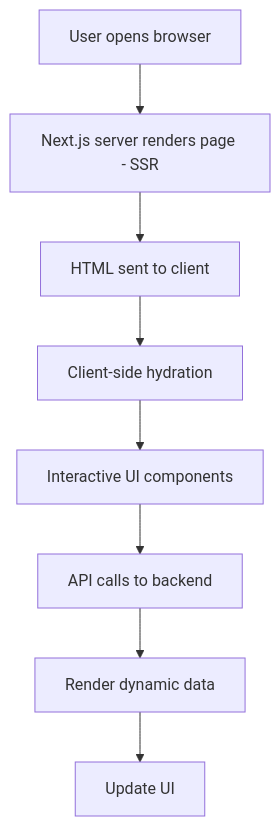
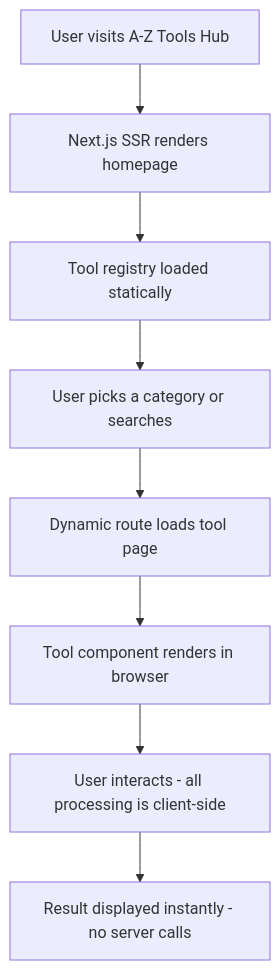
Before and after one commit to xander1450/a2z: the first of 2 diagrams in README.md, drawn with Mermaid. The commit also changed other lines of this file, not shown here.

Commit message:
docs: complete README rewrite with app overview, flow diagrams & tool catalogue

````diff
--- a/README.md
+++ b/README.md
@@ -7,10 +88,10 @@
 ```mermaid
 flowchart TD
-    A[User opens browser] --> B[Next.js server renders page - SSR]
-    B --> C[HTML sent to client]
-    C --> D[Client-side hydration]
-    D --> E[Interactive UI components]
-    E --> F[API calls to backend]
-    F --> G[Render dynamic data]
-    G --> H[Update UI]
+    A[User visits A-Z Tools Hub] --> B[Next.js SSR renders homepage]
+    B --> C[Tool registry loaded statically]
+    C --> D[User picks a category or searches]
+    D --> E[Dynamic route loads tool page]
+    E --> F[Tool component renders in browser]
+    F --> G[User interacts - all processing is client-side]
+    G --> H[Result displayed instantly - no server calls]
 ```
````
